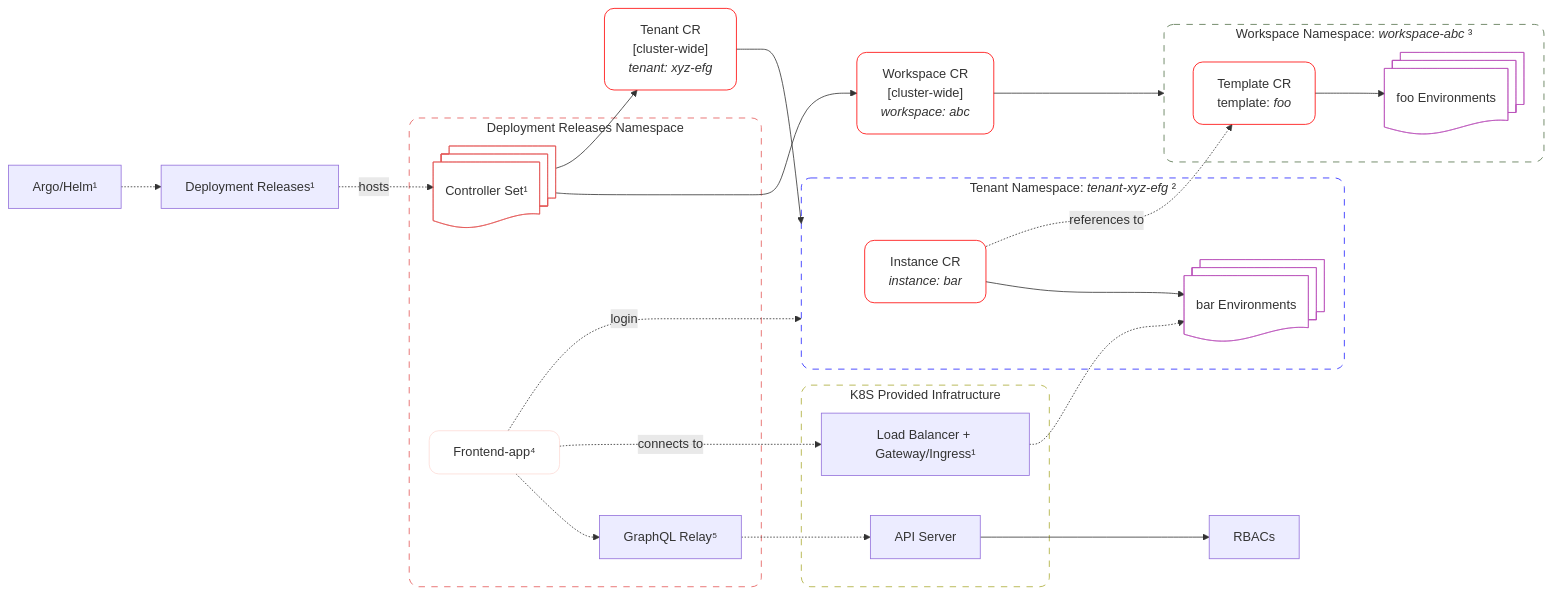
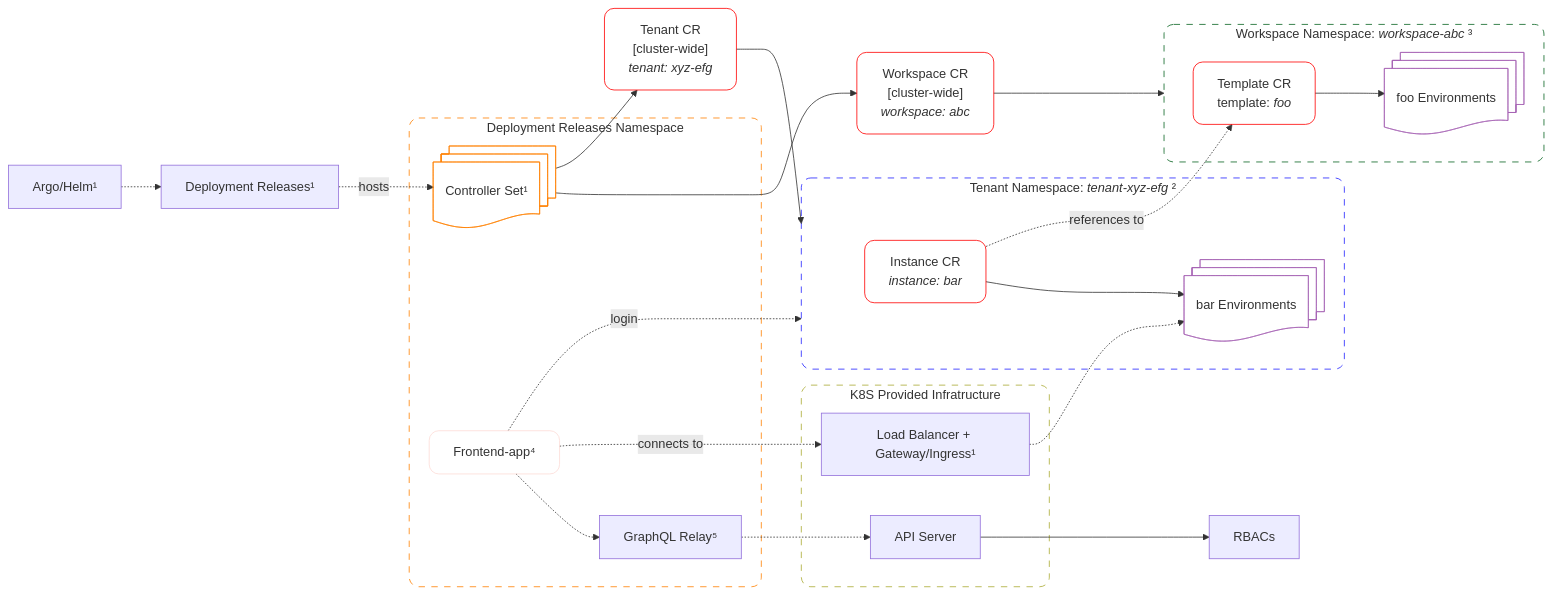
The second of 8 diagrams in BIGPICTURE.md (netgroup-polito/CrownLabs), drawn with Mermaid before and after one commit. The commit also changed other lines of this file, not shown here.

Commit message:
refactored of mermaid stiles

````diff
--- a/BIGPICTURE.md
+++ b/BIGPICTURE.md
@@ -37,69 +43,70 @@
 ```mermaid
 flowchart LR
 
 Argo["Argo/Helm¹"]
 Releases["Deployment Releases¹"]
 subgraph ReleasesNS["Deployment Releases Namespace"]
     Controllers@{shape: docs, label: "Controller Set¹"}
-    Frontend["Frontend-app⁴"]
+    Frontend["Frontend-app⁴"]:::FrontendStyle
     GraphQL["GraphQL Relay⁵"]
 
     Frontend .-> GraphQL
 end
 WorkspaceCR["`Workspace CR
     [cluster-wide]
-    _workspace: abc_`"]
+    _workspace: abc_`"]:::CustomResourceStyle
 Controllers --> WorkspaceCR
 subgraph WorkspaceNS["`Workspace Namespace: _workspace-abc_ ³`"]
     TemplateCR["`Template CR
-        template: _foo_`"]
+        template: _foo_`"]:::CustomResourceStyle
     TemplateEnv@{shape: docs, label: "foo Environments"}
 
     TemplateCR --> TemplateEnv
 end
 TenantCR["`Tenant CR
     [cluster-wide]
-    _tenant: xyz-efg_`"]
+    _tenant: xyz-efg_`"]:::CustomResourceStyle
 Controllers --> TenantCR
 subgraph TenantNS["`Tenant Namespace: _tenant-xyz-efg_ ²`"]
     InstanceCR["`Instance CR
-        _instance: bar_`"]
+        _instance: bar_`"]:::CustomResourceStyle
     InstanceEnv@{shape: docs, label: "bar Environments"}
 
     InstanceCR --> InstanceEnv
 end
 subgraph K8S["K8S Provided Infratructure"]
     APIServer["API Server"]
     GWAPI["Load Balancer + Gateway/Ingress¹"]
 end
 RBAC["RBACs"]
 
 Argo .-> Releases
 Releases -. hosts .-> Controllers
 Frontend -. login .-> TenantNS
 Frontend -. connects to .-> GWAPI
 GraphQL .-> APIServer
 GWAPI .-> InstanceEnv
 WorkspaceCR --> WorkspaceNS
 InstanceCR -. references to .-> TemplateCR
 TenantCR --> TenantNS
 APIServer --> RBAC
 
-classDef GenericDashedBS fill:none,rx:12,ry:12,stroke-dasharray:8
-classDef ControllerDashedBS stroke:#E45756,rx:12,ry:12,fill:none,stroke-dasharray:8
-classDef ControllerBS stroke:#E45756,rx:12,ry:12,fill:none
-classDef WorkspaceDashedBS stroke:#54724B,rx:12,ry:12,fill:none,stroke-dasharray:8
-classDef CustomResourceBS stroke:#FF0000,rx:12,ry:12,fill:none
-classDef TenantDashedBS stroke:#2222FF,rx:12,ry:12,fill:none,stroke-dasharray:8
-classDef InstanceBS stroke:#BB55BB,rx:12,ry:12,fill:none
-classDef FrontendBS stroke:#FDDCD7,rx:12,ry:12,fill:none
+classDef ControllerStyle stroke:#FF8000,rx:12,ry:12,fill:none
+classDef WorkspaceStyle stroke:#0A6522,rx:12,ry:12,fill:none
+classDef CustomResourceStyle stroke:#FF0000,rx:12,ry:12,fill:none
+classDef TenantStyle stroke:#2222FF,rx:12,ry:12,fill:none
+classDef EnvironmentStyle stroke:#A865B5,rx:12,ry:12,fill:none
+classDef FrontendStyle stroke:#FDDCD7,rx:12,ry:12,fill:none
 
-class K8S GenericDashedBS
-class ReleasesNS ControllerDashedBS
-class Controllers ControllerBS
-class WorkspaceCR,TenantCR,InstanceCR,TemplateCR CustomResourceBS
-class WorkspaceNS WorkspaceDashedBS
-class TenantNS TenantDashedBS
-class InstanceEnv,TemplateEnv InstanceBS
-class Frontend FrontendBS
+classDef GenericDomainStyle fill:none,rx:12,ry:12,stroke-dasharray:8
+classDef WorkspaceNSStyle stroke:#0A6522,rx:12,ry:12,fill:none,stroke-dasharray:8
+classDef TenantNSStyle stroke:#2222FF,rx:12,ry:12,fill:none,stroke-dasharray:8
+classDef ReleasesNSStyle stroke:#FF8000,rx:12,ry:12,fill:none,stroke-dasharray:8
+
+class K8S GenericDomainStyle
+class ReleasesNS ReleasesNSStyle
+class Controllers ControllerStyle
+class WorkspaceNS WorkspaceNSStyle
+class TemplateEnv,InstanceEnv EnvironmentStyle
+class TenantNS TenantNSStyle
 ```
````
